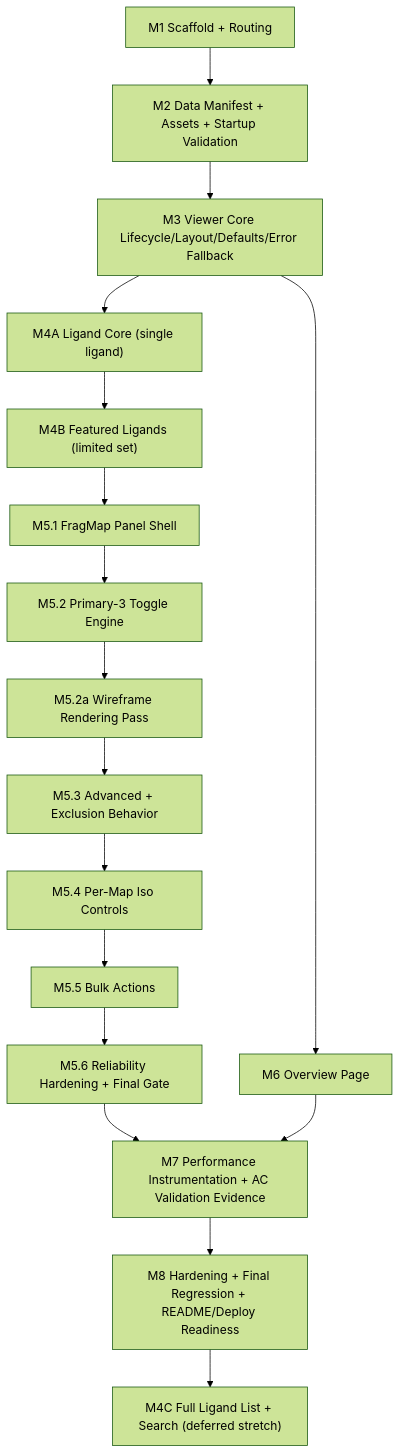
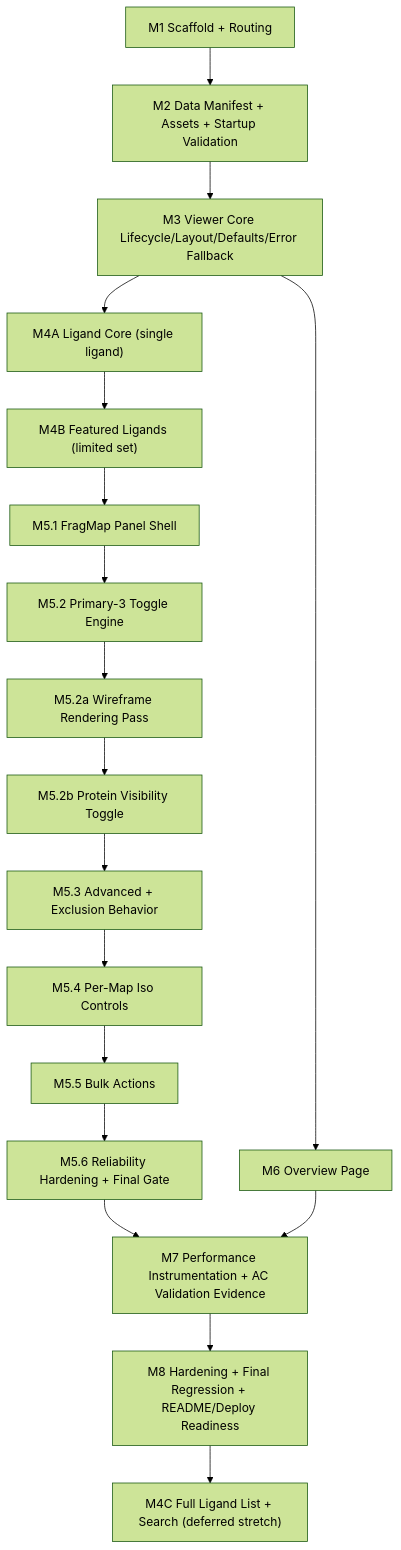
One commit to ArvindRamachandran14/silcs-fragmaps-demo changed the diagram in docs/plans/execution-plan.md. Above: the diagram before and after it, drawn with Mermaid (forest theme). The commit also changed other lines of this file and 11 other files, not shown here.

Commit message:
docs(m5): insert M5.2b protein-visibility slice and align plans/specs/context

````diff
--- a/docs/plans/execution-plan.md
+++ b/docs/plans/execution-plan.md
@@ -76,19 +76,20 @@
 ```mermaid
 flowchart TD
     M1["M1 Scaffold + Routing"] --> M2["M2 Data Manifest + Assets + Startup Validation"]
     M2 --> M3["M3 Viewer Core Lifecycle/Layout/Defaults/Error Fallback"]
     M3 --> M4A["M4A Ligand Core (single ligand)"]
     M4A --> M4B["M4B Featured Ligands (limited set)"]
     M4B --> M51["M5.1 FragMap Panel Shell"]
     M51 --> M52["M5.2 Primary-3 Toggle Engine"]
     M52 --> M52A["M5.2a Wireframe Rendering Pass"]
-    M52A --> M53["M5.3 Advanced + Exclusion Behavior"]
+    M52A --> M52B["M5.2b Protein Visibility Toggle"]
+    M52B --> M53["M5.3 Advanced + Exclusion Behavior"]
     M53 --> M54["M5.4 Per-Map Iso Controls"]
     M54 --> M55["M5.5 Bulk Actions"]
     M55 --> M56["M5.6 Reliability Hardening + Final Gate"]
     M3 --> M6["M6 Overview Page"]
     M56 --> M7["M7 Performance Instrumentation + AC Validation Evidence"]
     M6 --> M7
     M7 --> M8["M8 Hardening + Final Regression + README/Deploy Readiness"]
     M8 --> M4C["M4C Full Ligand List + Search (deferred stretch)"]
 ```
````
